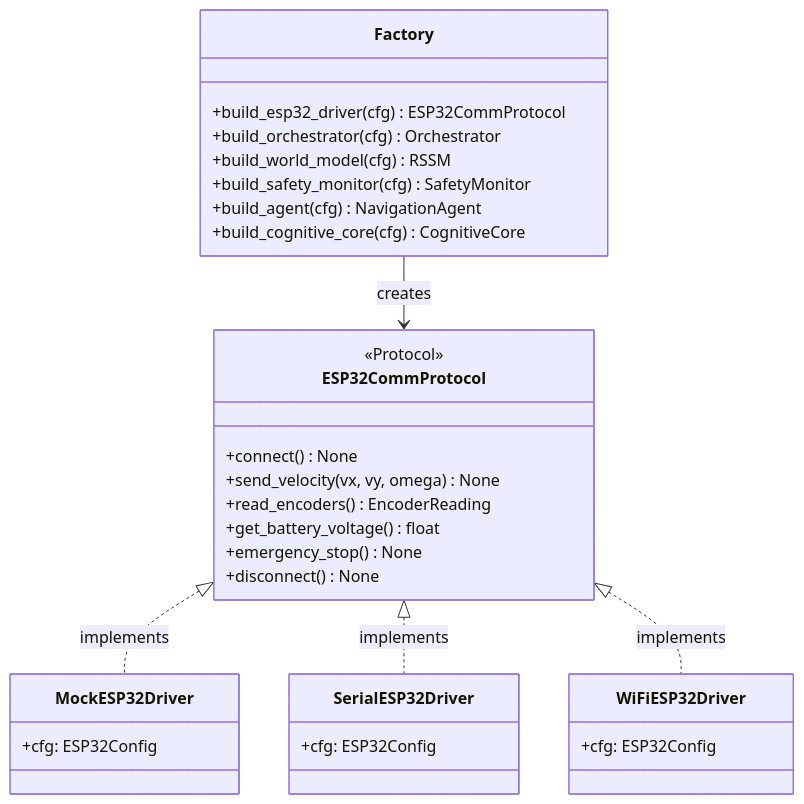
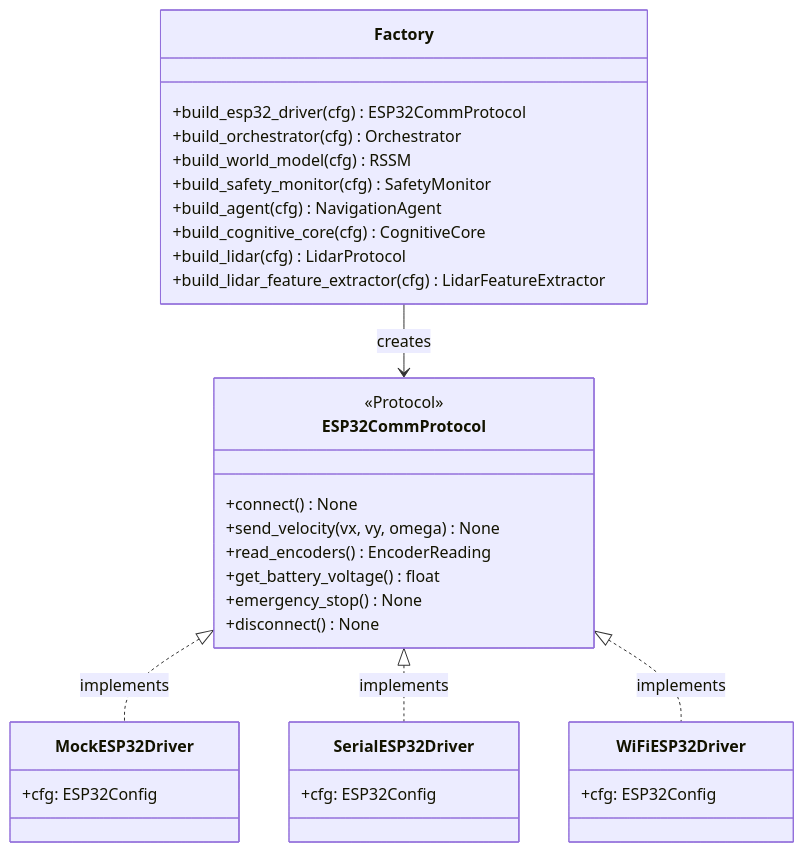
One commit to ianshank/Mouse-Droid-AGI changed the fourth of 10 diagrams in docs/architecture.md. Above: the diagram before and after it, drawn with Mermaid. The commit also changed other lines of this file and 2 other files, not shown here.

First line of the commit message:
docs: update CHANGELOG, C4 architecture, and .gitignore for LiDAR + Wonrabai

````diff
--- a/docs/architecture.md
+++ b/docs/architecture.md
@@ -179,34 +184,36 @@
 ```mermaid
 classDiagram
     class ESP32CommProtocol {
         <<Protocol>>
         +connect() None
         +send_velocity(vx, vy, omega) None
         +read_encoders() EncoderReading
         +get_battery_voltage() float
         +emergency_stop() None
         +disconnect() None
     }
     class MockESP32Driver {
         +cfg: ESP32Config
     }
     class SerialESP32Driver {
         +cfg: ESP32Config
     }
     class WiFiESP32Driver {
         +cfg: ESP32Config
     }
     class Factory {
         +build_esp32_driver(cfg) ESP32CommProtocol
         +build_orchestrator(cfg) Orchestrator
         +build_world_model(cfg) RSSM
         +build_safety_monitor(cfg) SafetyMonitor
         +build_agent(cfg) NavigationAgent
         +build_cognitive_core(cfg) CognitiveCore
+        +build_lidar(cfg) LidarProtocol
+        +build_lidar_feature_extractor(cfg) LidarFeatureExtractor
     }
 
     ESP32CommProtocol <|.. MockESP32Driver : implements
     ESP32CommProtocol <|.. SerialESP32Driver : implements
     ESP32CommProtocol <|.. WiFiESP32Driver : implements
     Factory --> ESP32CommProtocol : creates
 ```
````
